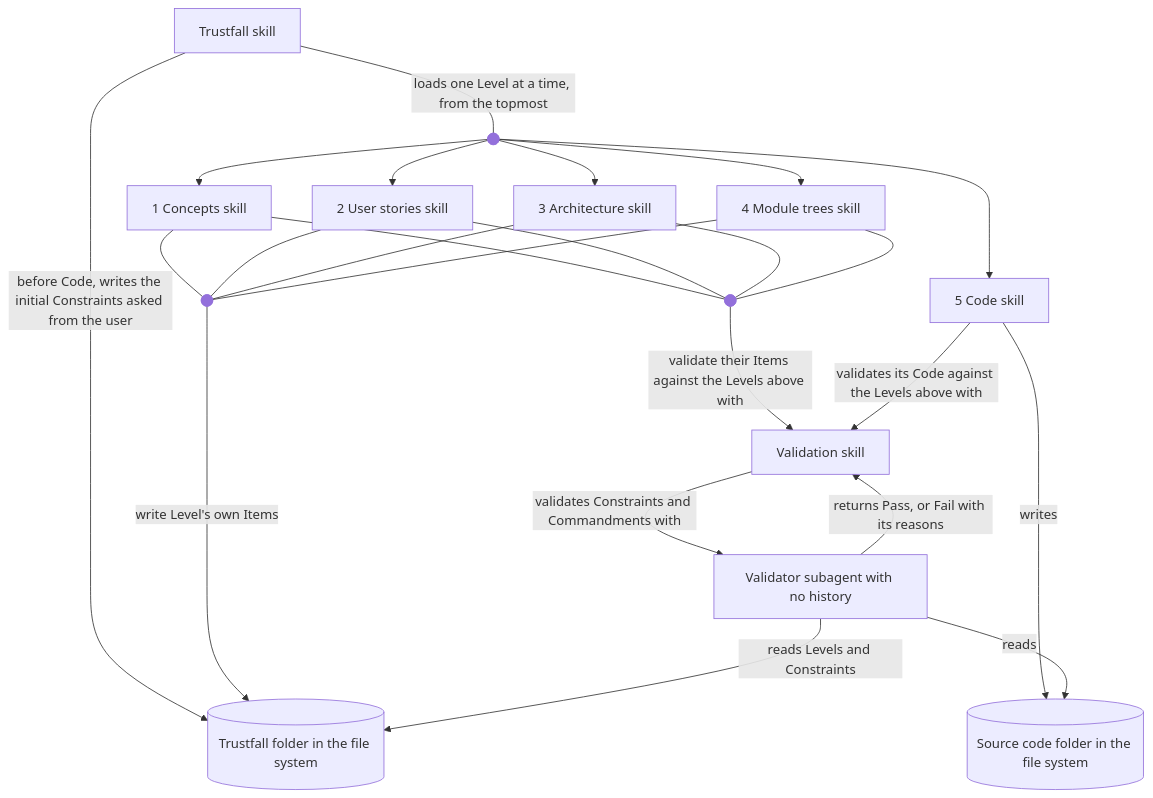
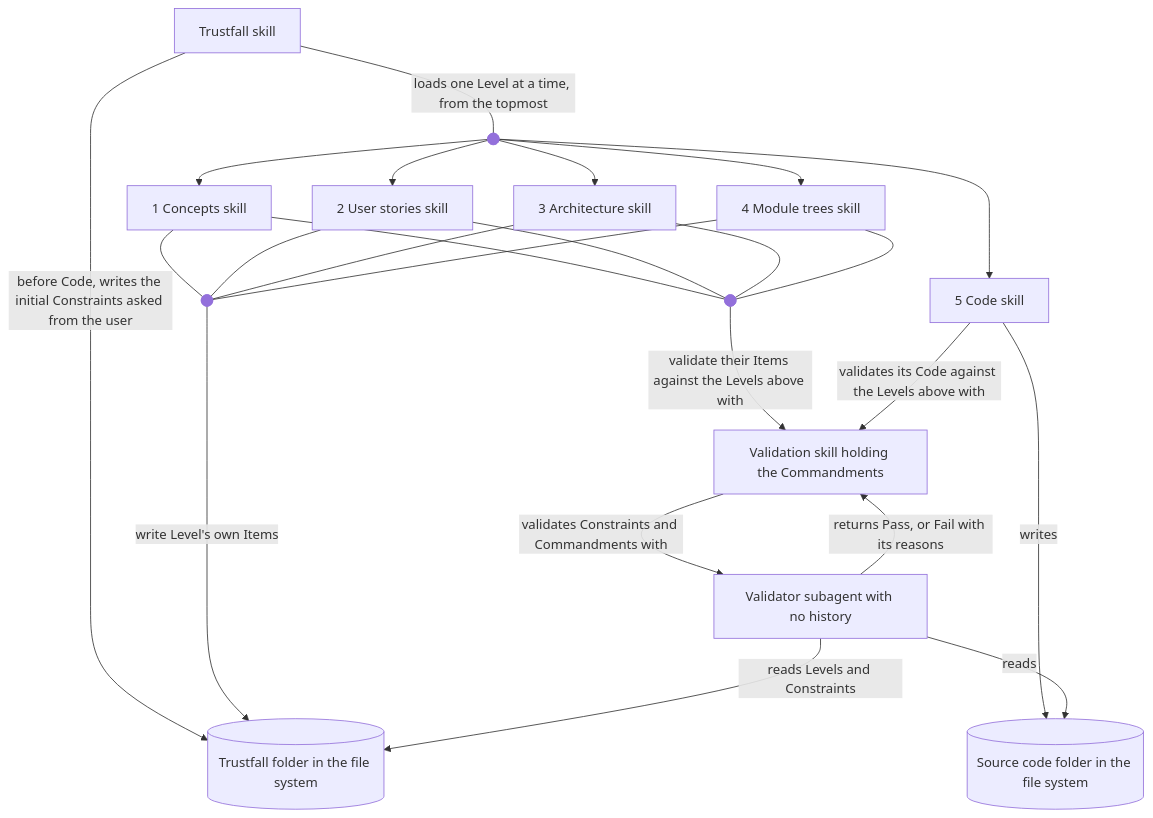
One commit to jehna/trustfall changed the diagram in trustfall/3-architecture.md. Above: the diagram before and after it, drawn with Mermaid.

Commit message:
Architecture: Commandments held by Validation skill

````diff
--- a/trustfall/3-architecture.md
+++ b/trustfall/3-architecture.md
@@ -3,29 +3,29 @@
 ```mermaid
 flowchart TD
   trustfall[Trustfall skill]
   load@{ shape: f-circ }
   concepts[1 Concepts skill]
   stories[2 User stories skill]
   architecture[3 Architecture skill]
   modules[4 Module trees skill]
   code[5 Code skill]
   write@{ shape: f-circ }
   check@{ shape: f-circ }
-  validation[Validation skill]
+  validation[Validation skill holding the Commandments]
   levels[(Trustfall folder in the file system)]
   source[(Source code folder in the file system)]
   subagent[Validator subagent with no history]
   trustfall -- loads one Level at a time, from the topmost --- load
   load --> concepts & stories & architecture & modules & code
   trustfall -- before Code, writes the initial Constraints asked from the user --> levels
   concepts & stories & architecture & modules --- write
   write -- write Level's own Items --> levels
   code -- writes --> source
   concepts & stories & architecture & modules --- check
   check -- validate their Items against the Levels above with --> validation
   code -- validates its Code against the Levels above with --> validation
   validation -- validates Constraints and Commandments with --> subagent
   subagent -- reads Levels and Constraints --> levels
   subagent -- reads --> source
   subagent -- returns Pass, or Fail with its reasons --> validation
 ```
````
